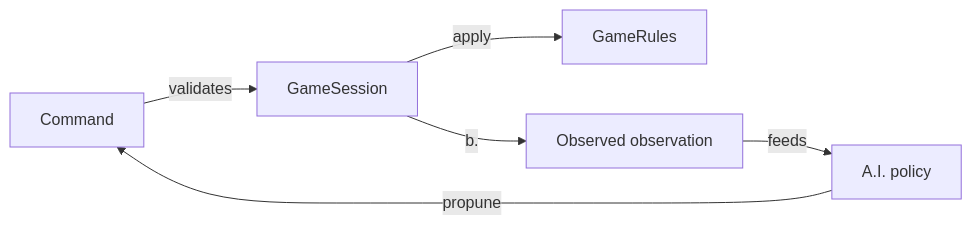
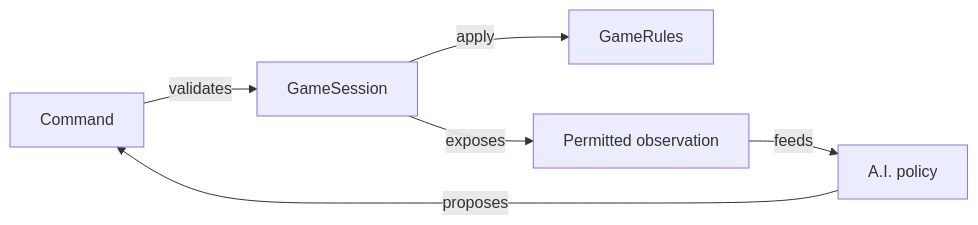
Before and after one commit to crististefanita/atf_j4: the diagram in whist-lab-app/game-core/README.md, drawn with Mermaid. The commit also changed other lines of this file and 126 other files, not shown here.

````diff
--- a/whist-lab-app/game-core/README.md
+++ b/whist-lab-app/game-core/README.md
@@ -13,8 +13,8 @@
 ```mermaid
 flowchart LR
     CMD[Command] -->|validates| SESSION[GameSession]
     SESSION -->|apply| RULES[GameRules]
-    SESSION -->|b.| OBS[Observed observation]
+    SESSION -->|exposes| OBS[Permitted observation]
     OBS -->|feeds| POLICY[A.I. policy]
-    POLICY -->|propune| CMD
+    POLICY -->|proposes| CMD
 ```
````
